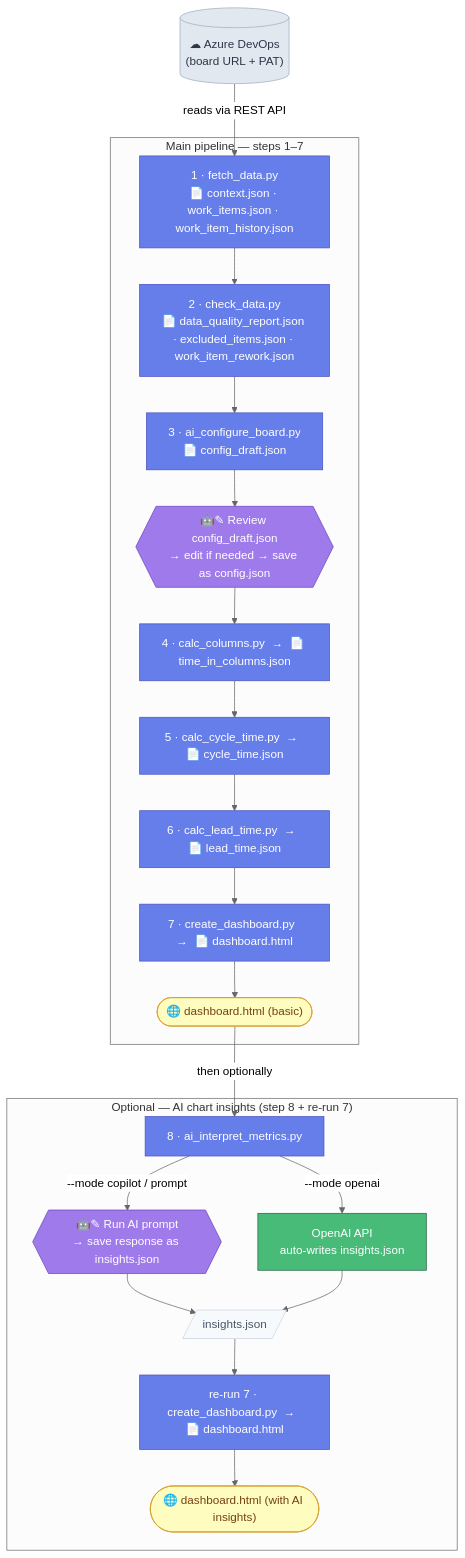
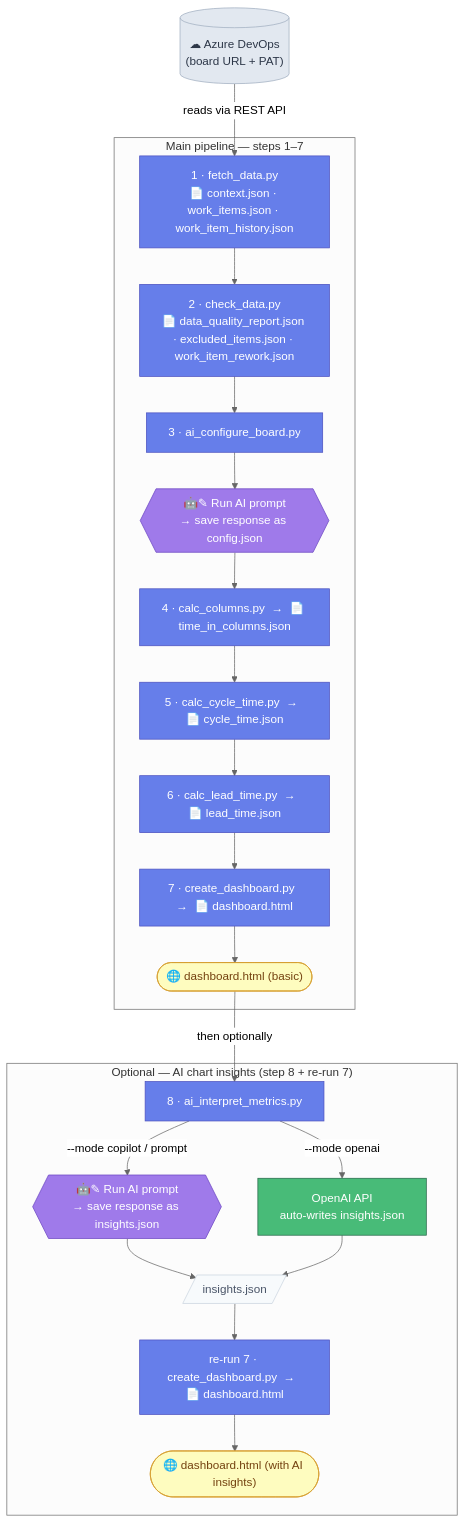
Before and after one commit to asos-davidmichel/ai-flow-metrics: the diagram in README.md, drawn with Mermaid (neutral theme). The commit also changed other lines of this file and 11 other files, not shown here.

````diff
--- a/README.md
+++ b/README.md
@@ -51,41 +51,41 @@
 ```mermaid
 flowchart TD
   ADO[("☁ Azure DevOps\n(board URL + PAT)")]:::external
 
   subgraph main["Main pipeline — steps 1–7"]
     fetch["1 · fetch_data.py\n📄 context.json · work_items.json · work_item_history.json"]:::script
     check["2 · check_data.py\n📄 data_quality_report.json · excluded_items.json · work_item_rework.json"]:::script
-    aiconf["3 · ai_configure_board.py\n📄 config_draft.json"]:::script
-    aiconfprompt{{"🤖✎ Review config_draft.json\n→ edit if needed → save as config.json"}}:::humanai
+    aiconf["3 · ai_configure_board.py"]:::script
+    aiconfprompt{{"🤖✎ Run AI prompt\n→ save response as config.json"}}:::humanai
     calccol["4 · calc_columns.py  →  📄 time_in_columns.json"]:::script
     calcct["5 · calc_cycle_time.py  →  📄 cycle_time.json"]:::script
     calclt["6 · calc_lead_time.py  →  📄 lead_time.json"]:::script
     dash["7 · create_dashboard.py  →  📄 dashboard.html"]:::script
     out(["🌐 dashboard.html (basic)"]):::output
 
     fetch --> check --> aiconf --> aiconfprompt --> calccol --> calcct --> calclt --> dash --> out
   end
 
   subgraph opt["Optional — AI chart insights (step 8 + re-run 7)"]
     aimetrics["8 · ai_interpret_metrics.py"]:::script
     savemetrics{{"🤖✎ Run AI prompt\n→ save response as insights.json"}}:::humanai
     autoinsights["OpenAI API\nauto-writes insights.json"]:::autoai
     insights[/"insights.json"/]:::file
     redash["re-run 7 · create_dashboard.py  →  📄 dashboard.html"]:::script
     out2(["🌐 dashboard.html (with AI insights)"]):::output
 
     aimetrics -->|"--mode copilot / prompt"| savemetrics --> insights
     aimetrics -->|"--mode openai"| autoinsights --> insights
     insights --> redash --> out2
   end
 
   ADO -->|"reads via REST API"| fetch
   out -->|"then optionally"| aimetrics
 
   classDef script  fill:#667eea,color:#fff,stroke:#4c51bf
   classDef humanai fill:#9f7aea,color:#fff,stroke:#6b46c1
   classDef autoai  fill:#48bb78,color:#fff,stroke:#276749
   classDef external fill:#e2e8f0,color:#2d3748,stroke:#a0aec0
   classDef file    fill:#f7fafc,color:#4a5568,stroke:#cbd5e0
   classDef output  fill:#fefcbf,color:#744210,stroke:#d69e2e
 ```
````
